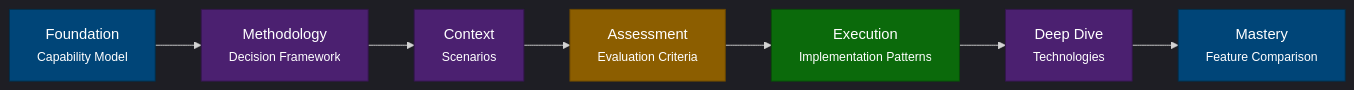
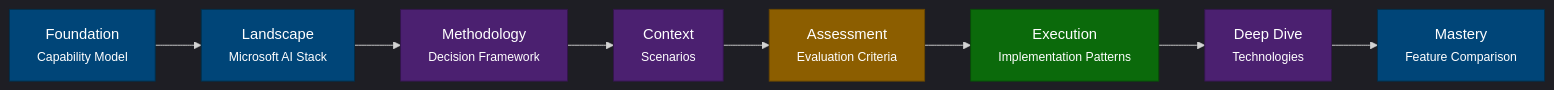
The diagram in README.md (microsoft/Microsoft-AI-Decision-Framework), drawn with Mermaid before and after one commit. The commit also changed other lines of this file and 23 other files, not shown here.

````diff
--- a/README.md
+++ b/README.md
@@ -80,29 +106,32 @@
 ```mermaid
 %%{init: {'theme':'dark'}}%%
 flowchart LR
     F["Foundation<br><small>Capability Model</small>"]
+    L["Landscape<br><small>Microsoft AI Stack</small>"]
     M["Methodology<br><small>Decision Framework</small>"]
     C["Context<br><small>Scenarios</small>"]
     A["Assessment<br><small>Evaluation Criteria</small>"]
     E["Execution<br><small>Implementation Patterns</small>"]
     D["Deep Dive<br><small>Technologies</small>"]
     MS["Mastery<br><small>Feature Comparison</small>"]
 
-    F --> M --> C --> A --> E --> D --> MS
+    F --> L --> M --> C --> A --> E --> D --> MS
 
     click F "{{ site.baseurl }}/docs/capability-model" "Open Capability Model" _self
+    click L "{{ site.baseurl }}/docs/ai-stack" "Open Microsoft AI Stack" _self
     click M "{{ site.baseurl }}/docs/decision-framework" "Open Decision Framework" _self
     click C "{{ site.baseurl }}/docs/scenarios" "Open Scenarios" _self
     click A "{{ site.baseurl }}/docs/evaluation-criteria" "Open Evaluation Criteria" _self
     click E "{{ site.baseurl }}/docs/implementation-patterns" "Open Implementation Patterns" _self
     click D "{{ site.baseurl }}/docs/technologies" "Open Technologies" _self
     click MS "{{ site.baseurl }}/docs/feature-comparison" "Open Feature Comparison" _self
 
     style F fill:#004578,stroke:#002f4a,color:#fff
+    style L fill:#004578,stroke:#002f4a,color:#fff
     style M fill:#4b2070,stroke:#33154c,color:#fff
     style C fill:#4b2070,stroke:#33154c,color:#fff
     style A fill:#8c5e00,stroke:#6a4700,color:#fff
     style E fill:#0b6a0b,stroke:#084c08,color:#fff
     style D fill:#4b2070,stroke:#33154c,color:#fff
     style MS fill:#004578,stroke:#002f4a,color:#fff
 ```
````
